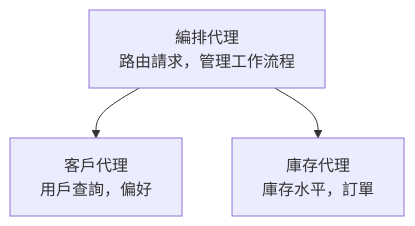
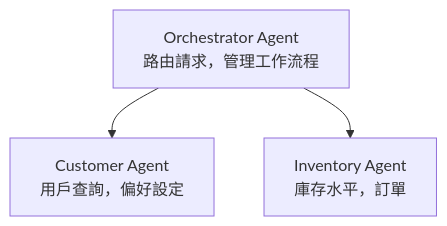
Before and after one commit to microsoft/AZD-for-beginners: the diagram in translations/zh-HK/docs/chapter-05-multi-agent/README.md, drawn with Mermaid. The commit also changed other lines of this file and 104 other files, not shown here.

````diff
--- a/translations/zh-HK/docs/chapter-05-multi-agent/README.md
+++ b/translations/zh-HK/docs/chapter-05-multi-agent/README.md
@@ -52,5 +54,5 @@
 ```mermaid
 graph TD
-    Orchestrator[編排代理<br/>路由請求，管理工作流程] --> Customer[客戶代理<br/>用戶查詢，偏好]
-    Orchestrator --> Inventory[庫存代理<br/>庫存水平，訂單]
+    Orchestrator[Orchestrator Agent<br/>路由請求，管理工作流程] --> Customer[Customer Agent<br/>用戶查詢，偏好設定]
+    Orchestrator --> Inventory[Inventory Agent<br/>庫存水平，訂單]
 ```
````
